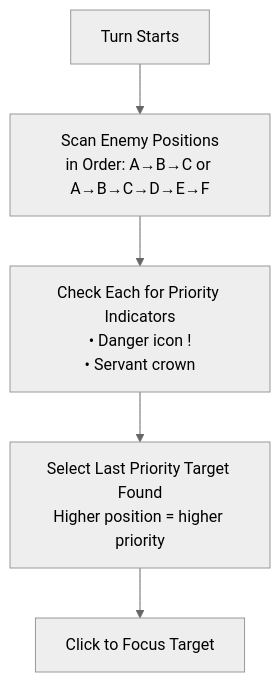
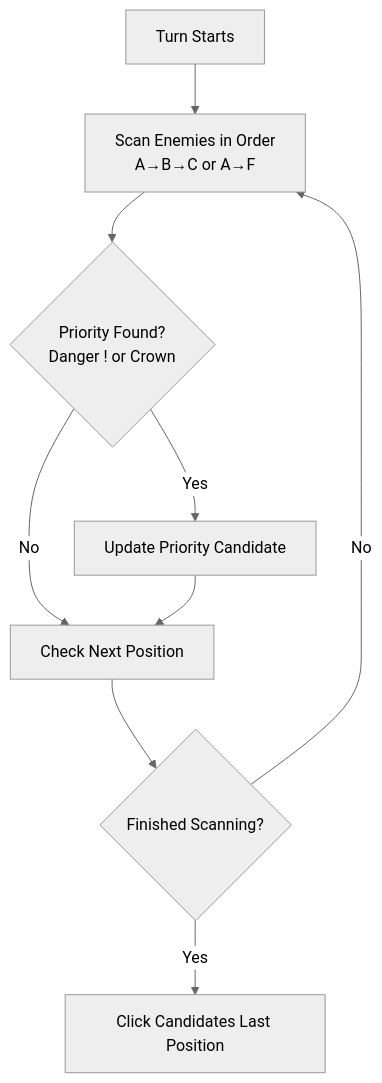
One commit to ArthurKun21/FGA-Preview-Build changed the diagram in docs/in-battle/skill-system/auto-target.md. Above: the diagram before and after it, drawn with Mermaid (neutral theme). The commit also changed other lines of this file and 1 other file, not shown here.

Commit message:
docs: update auto-target and skill execution documentation for clarity and detail

````diff
--- a/docs/in-battle/skill-system/auto-target.md
+++ b/docs/in-battle/skill-system/auto-target.md
@@ -34,7 +38,11 @@
 ```mermaid
 flowchart TD
-    A[Turn Starts] --> B[Scan Enemy Positions<br/>in Order: A→B→C or A→B→C→D→E→F]
-    B --> C[Check Each for Priority Indicators<br/>• Danger icon !<br/>• Servant crown]
-    C --> D[Select Last Priority Target Found<br/>Higher position = higher priority]
-    D --> E[Click to Focus Target]
+    Start[Turn Starts] --> Scan[Scan Enemies in Order<br/>A→B→C or A→F]
+    Scan --> Check{Priority Found?<br/>Danger ! or Crown}
+    Check -->|Yes| Update[Update Priority Candidate]
+    Check -->|No| Next[Check Next Position]
+    Update --> Next
+    Next --> EndScanning{Finished Scanning?}
+    EndScanning -->|No| Scan
+    EndScanning -->|Yes| Select[Click Candidates Last Position]
 ```
````
